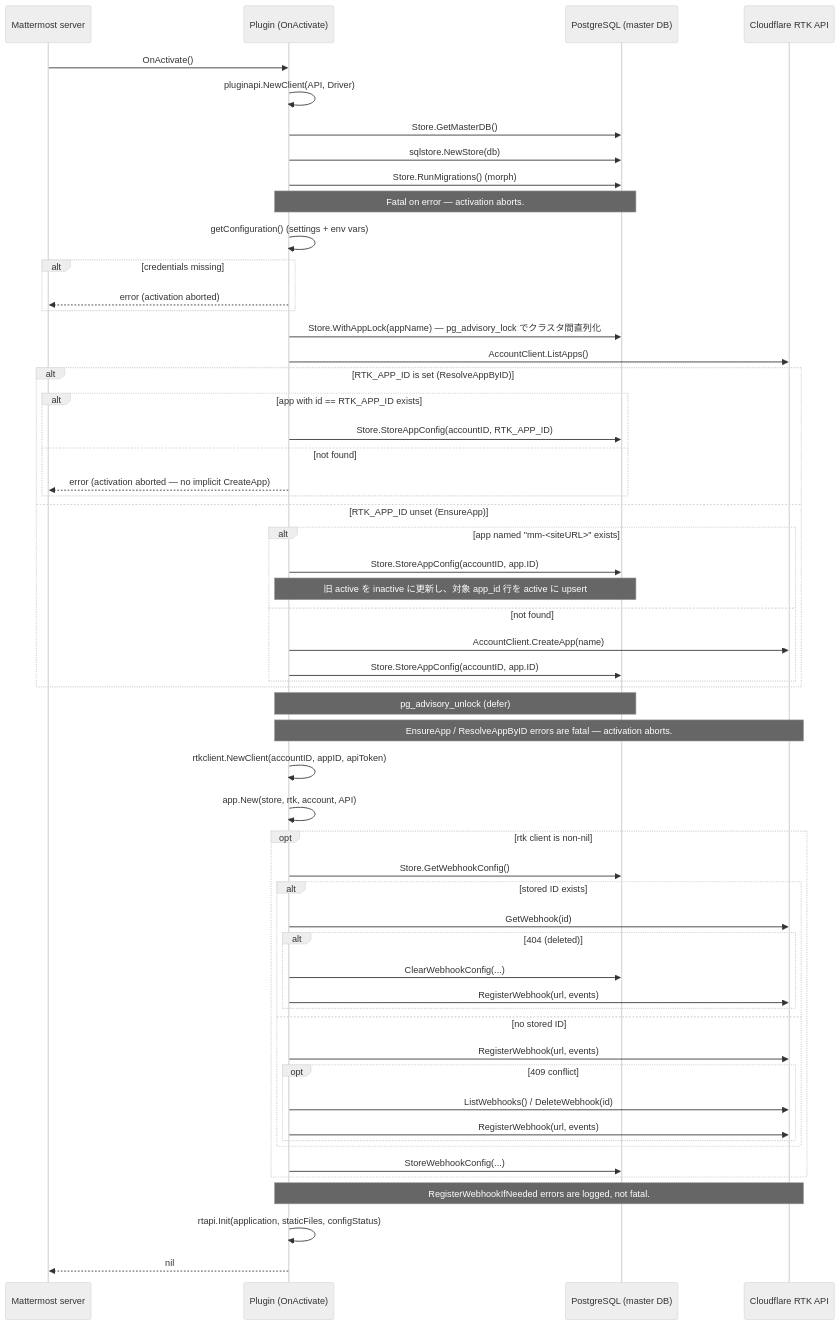
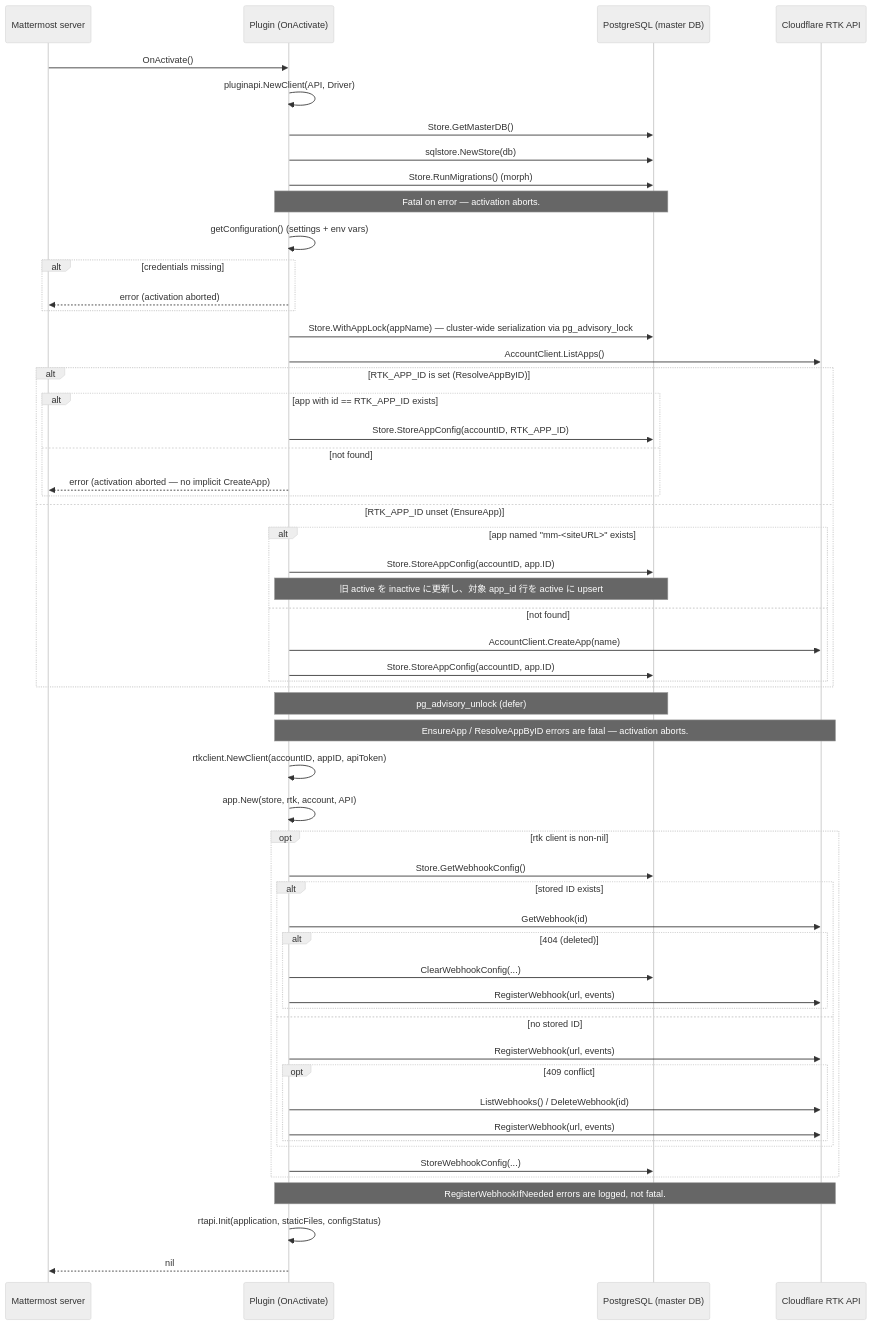
Before and after one commit to kondo97/mattermost-plugin-rtk: the diagram in docs/plugin-activation.md, drawn with Mermaid (neutral theme). The commit also changed 24 other files, not shown here.

````diff
--- a/docs/plugin-activation.md
+++ b/docs/plugin-activation.md
@@ -29,66 +29,66 @@
 ```mermaid
 sequenceDiagram
     participant MM as Mattermost server
     participant P as Plugin (OnActivate)
     participant DB as PostgreSQL (master DB)
     participant CF as Cloudflare RTK API
 
     MM->>P: OnActivate()
     P->>P: pluginapi.NewClient(API, Driver)
     P->>DB: Store.GetMasterDB()
     P->>DB: sqlstore.NewStore(db)
     P->>DB: Store.RunMigrations() (morph)
     Note over P,DB: Fatal on error — activation aborts.
 
     P->>P: getConfiguration() (settings + env vars)
 
     alt credentials missing
         P-->>MM: error (activation aborted)
     end
 
-    P->>DB: Store.WithAppLock(appName) — pg_advisory_lock でクラスタ間直列化
+    P->>DB: Store.WithAppLock(appName) — cluster-wide serialization via pg_advisory_lock
     P->>CF: AccountClient.ListApps()
     alt RTK_APP_ID is set (ResolveAppByID)
         alt app with id == RTK_APP_ID exists
             P->>DB: Store.StoreAppConfig(accountID, RTK_APP_ID)
         else not found
             P-->>MM: error (activation aborted — no implicit CreateApp)
         end
     else RTK_APP_ID unset (EnsureApp)
         alt app named "mm-<siteURL>" exists
             P->>DB: Store.StoreAppConfig(accountID, app.ID)
             Note over P,DB: 旧 active を inactive に更新し、対象 app_id 行を active に upsert
         else not found
             P->>CF: AccountClient.CreateApp(name)
             P->>DB: Store.StoreAppConfig(accountID, app.ID)
         end
     end
     Note over P,DB: pg_advisory_unlock (defer)
     Note over P,CF: EnsureApp / ResolveAppByID errors are fatal — activation aborts.
 
     P->>P: rtkclient.NewClient(accountID, appID, apiToken)
 
     P->>P: app.New(store, rtk, account, API)
 
     opt rtk client is non-nil
         P->>DB: Store.GetWebhookConfig()
         alt stored ID exists
             P->>CF: GetWebhook(id)
             alt 404 (deleted)
                 P->>DB: ClearWebhookConfig(...)
                 P->>CF: RegisterWebhook(url, events)
             end
         else no stored ID
             P->>CF: RegisterWebhook(url, events)
             opt 409 conflict
                 P->>CF: ListWebhooks() / DeleteWebhook(id)
                 P->>CF: RegisterWebhook(url, events)
             end
         end
         P->>DB: StoreWebhookConfig(...)
     end
     Note over P,CF: RegisterWebhookIfNeeded errors are logged, not fatal.
 
     P->>P: rtapi.Init(application, staticFiles, configStatus)
     P-->>MM: nil
 ```
````
